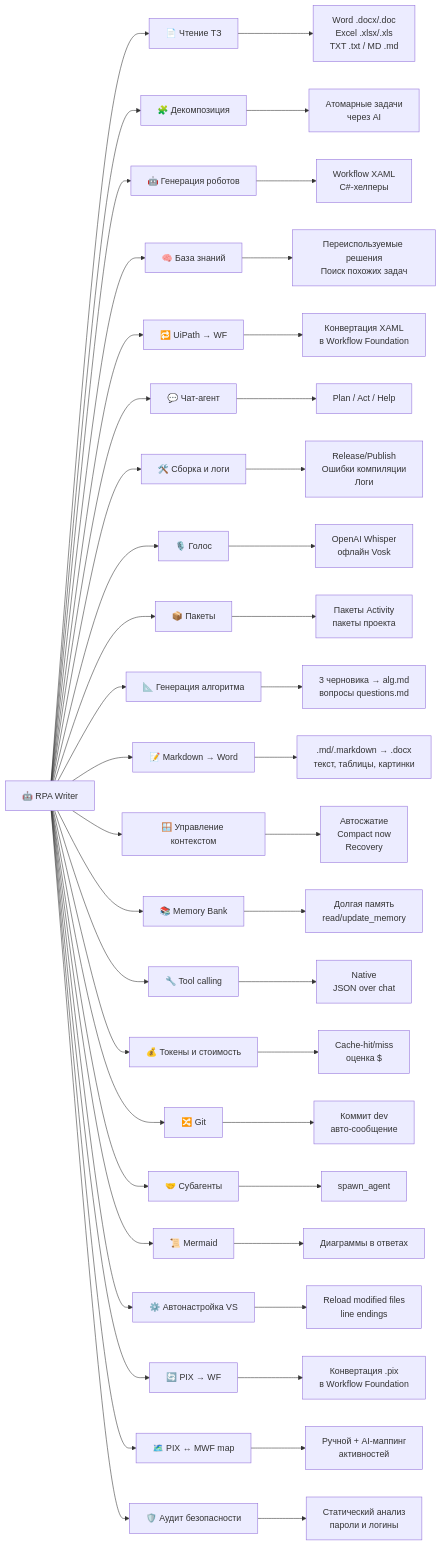
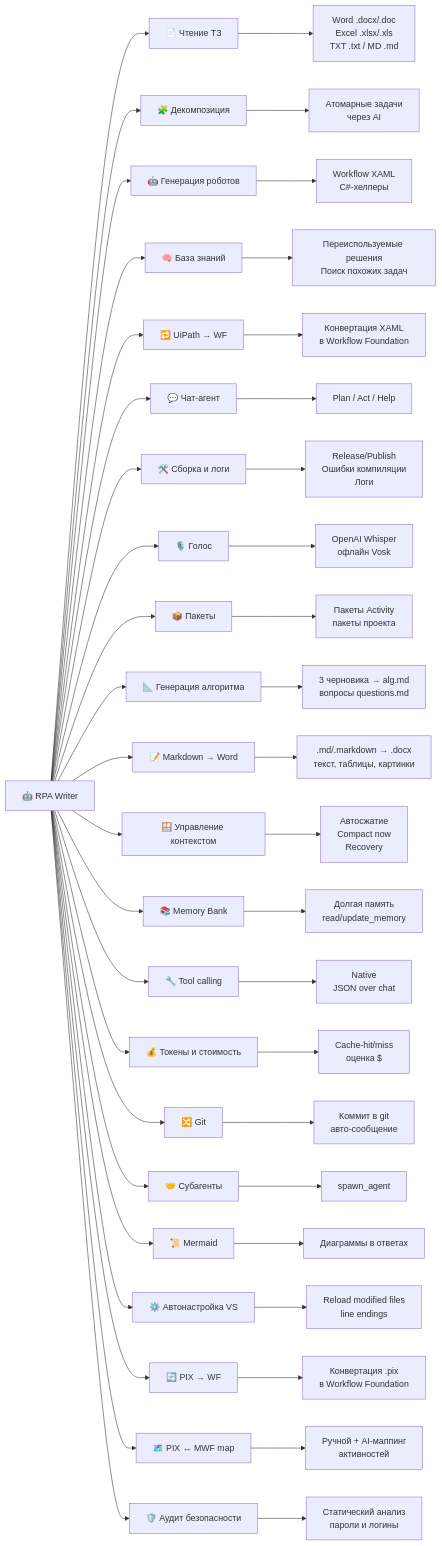
One commit to MahnevMaxim/RPAWriter2 changed the diagram in documentation/00-index.md. Above: the diagram before and after it, drawn with Mermaid. The commit also changed other lines of this file and 5 other files, not shown here.

````diff
--- a/documentation/00-index.md
+++ b/documentation/00-index.md
@@ -16,48 +16,48 @@
 ```mermaid
 flowchart LR
     A[🤖 RPA Writer] --> B[📄 Чтение ТЗ]
     A --> C[🧩 Декомпозиция]
     A --> D[🤖 Генерация роботов]
     A --> E[🧠 База знаний]
     A --> F[🔁 UiPath → WF]
     A --> G[💬 Чат-агент]
     A --> H[🛠️ Сборка и логи]
     A --> I[🎙️ Голос]
     A --> J[📦 Пакеты]
     A --> K[📐 Генерация алгоритма]
     A --> L[📝 Markdown → Word]
     A --> M[🪟 Управление контекстом]
     A --> N[📚 Memory Bank]
     A --> O[🔧 Tool calling]
     A --> P[💰 Токены и стоимость]
     A --> Q[🔀 Git]
     A --> R[🤝 Субагенты]
     A --> S[📜 Mermaid]
     A --> T[⚙️ Автонастройка VS]
     A --> U[🔄 PIX → WF]
     A --> V[🗺️ PIX ↔ MWF map]
     A --> W[🛡️ Аудит безопасности]
 
     B --> B1[Word .docx/.doc<br/>Excel .xlsx/.xls<br/>TXT .txt / MD .md]
     C --> C1[Атомарные задачи<br/>через AI]
     D --> D1[Workflow XAML<br/>C#-хелперы]
     E --> E1[Переиспользуемые решения<br/>Поиск похожих задач]
     F --> F1[Конвертация XAML<br/>в Workflow Foundation]
     G --> G1[Plan / Act / Help]
     H --> H1[Release/Publish<br/>Ошибки компиляции<br/>Логи]
     I --> I1[OpenAI Whisper<br/>офлайн Vosk]
     J --> J1[Пакеты Activity<br/>пакеты проекта]
     K --> K1[3 черновика → alg.md<br/>вопросы questions.md]
     L --> L1[.md/.markdown → .docx<br/>текст, таблицы, картинки]
     M --> M1[Автосжатие<br/>Compact now<br/>Recovery]
     N --> N1[Долгая память<br/>read/update_memory]
     O --> O1[Native<br/>JSON over chat]
     P --> P1[Cache-hit/miss<br/>оценка $]
-    Q --> Q1[Коммит dev<br/>авто-сообщение]
+    Q --> Q1[Коммит в git<br/>авто-сообщение]
     R --> R1[spawn_agent]
     S --> S1[Диаграммы в ответах]
     T --> T1[Reload modified files<br/>line endings]
     U --> U1[Конвертация .pix<br/>в Workflow Foundation]
     V --> V1[Ручной + AI-маппинг<br/>активностей]
     W --> W1[Статический анализ<br/>пароли и логины]
 ```
````
